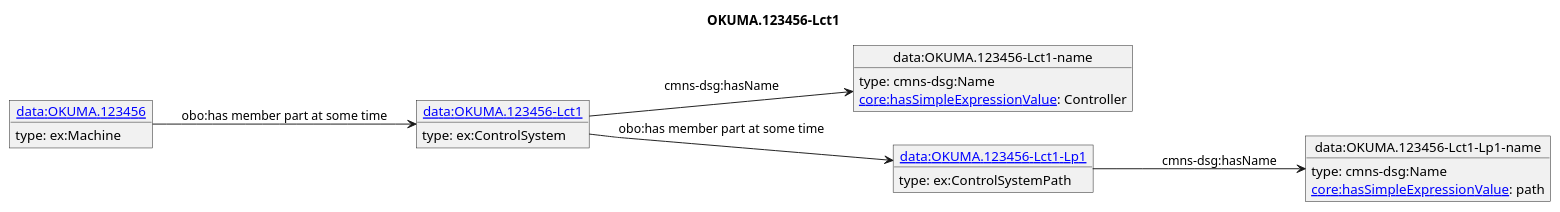
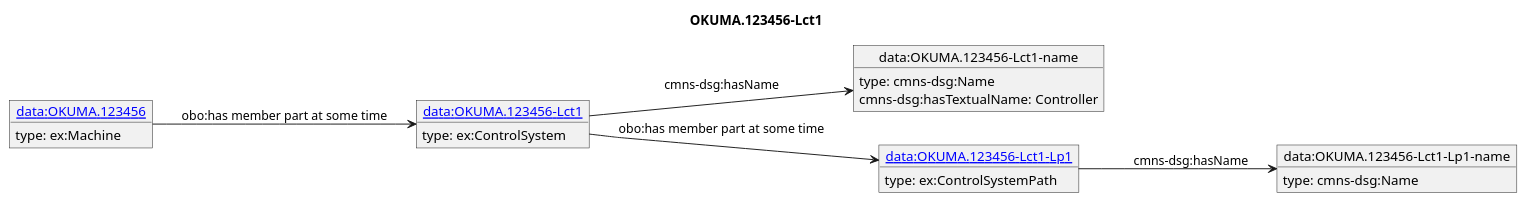
The diagram in diagrams/OKUMA.123456-Lct1.puml (iofoundry/example-syseng-mtconnect), drawn with PlantUML before and after one commit. The commit also changed 144 other files, not shown here.

Commit message:
Switched to omg commons hasTextualName since it does not require a value expression as the domain.

```diff
--- a/diagrams/OKUMA.123456-Lct1.puml
+++ b/diagrams/OKUMA.123456-Lct1.puml
@@ -1,26 +1,25 @@
 @startuml
 skinparam linetype polyline
 left to right direction
 title OKUMA.123456-Lct1
 object "[[./OKUMA.123456-Lct1.html data:OKUMA.123456-Lct1]]" as o1 {
  type: ex:ControlSystem 
 }
 object "data:OKUMA.123456-Lct1-name" as o2 {
  type: cmns-dsg:Name 
 }
 object "[[./OKUMA.123456-Lct1-Lp1.html data:OKUMA.123456-Lct1-Lp1]]" as o3 {
  type: ex:ControlSystemPath 
 }
 object "data:OKUMA.123456-Lct1-Lp1-name" as o4 {
  type: cmns-dsg:Name 
 }
 object "[[./OKUMA.123456.html data:OKUMA.123456]]" as o5 {
  type: ex:Machine 
 }
 o1 --> o2 : cmns-dsg:hasName
-o2 : [[https://spec.industrialontologies.org/ontology/core/Core/hasSimpleExpressionValue core:hasSimpleExpressionValue]]: Controller
+o2 : cmns-dsg:hasTextualName: Controller
 o1 --> o3 : obo:has member part at some time
 o3 --> o4 : cmns-dsg:hasName
-o4 : [[https://spec.industrialontologies.org/ontology/core/Core/hasSimpleExpressionValue core:hasSimpleExpressionValue]]: path
 o5 --> o1 : obo:has member part at some time
 @enduml
```
